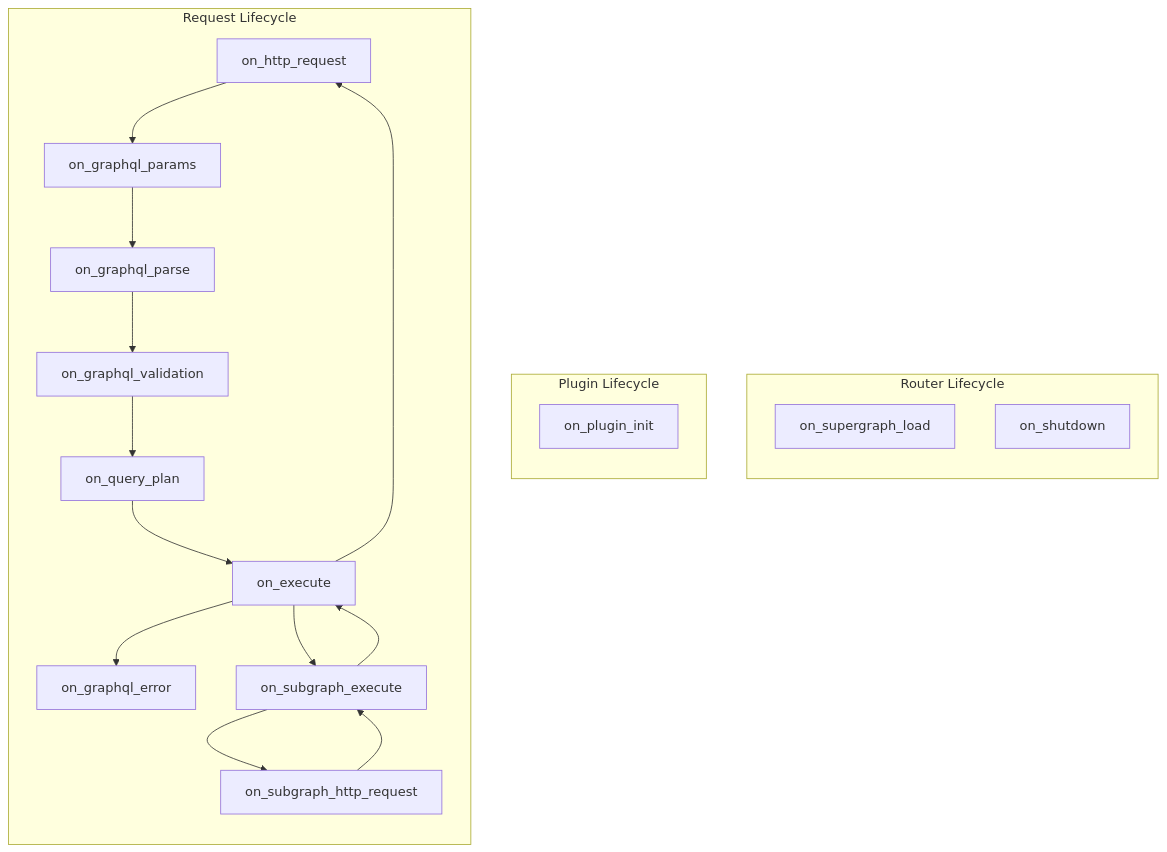
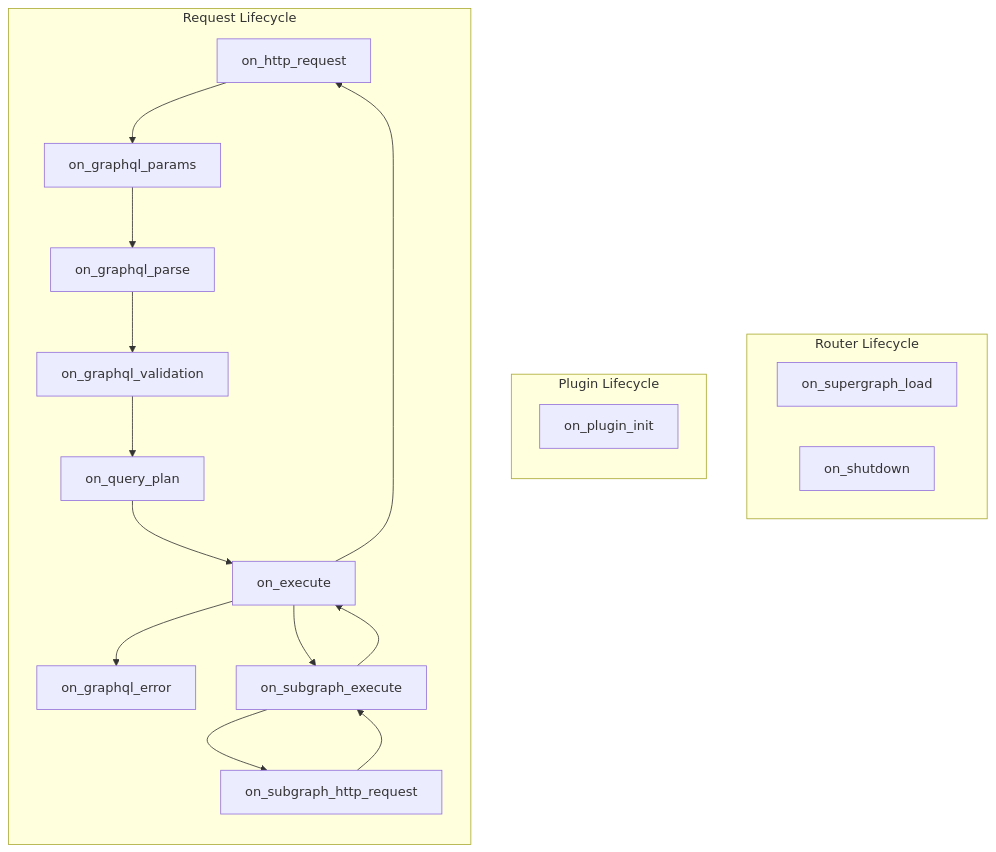
One commit to graphql-hive/console changed the diagram in packages/web/docs/src/content/router/extensibility/plugin_system.mdx. Above: the diagram before and after it, drawn with Mermaid.

````diff
--- a/packages/web/docs/src/content/router/extensibility/plugin_system.mdx
+++ b/packages/web/docs/src/content/router/extensibility/plugin_system.mdx
@@ -120,41 +120,41 @@
 ```mermaid
 flowchart TB
     subgraph "Router Lifecycle"
-      direction TB
+      direction LR
       on_supergraph_load
       on_shutdown
     end
     
     subgraph "Plugin Lifecycle"
       direction TB
       on_plugin_init
     end
     
     subgraph "Request Lifecycle"
       direction TB
       A[on_http_request] --> B[on_graphql_params]
       B --> D[on_graphql_parse]
       D --> F[on_graphql_validation]
       F --> H[on_query_plan]
       H --> J[on_execute]
       J --> on_graphql_error
       J --> K[on_subgraph_execute]
       K --> L[on_subgraph_http_request]
       L --> K
       K --> J
       J --> A
       
       click A href "#on_http_request"
       click B href "#on_graphql_params"
       click D href "#on_graphql_parse"
       click F href "#on_graphql_validation"
       click H href "#on_query_plan"
       click J href "#on_execute"
       click K href "#on_subgraph_execute"
       click L href "#on_subgraph_http_request"
       click on_supergraph_load href "#on_supergraph_load"
       click on_plugin_init href "#on_plugin_init"
       click on_shutdown href "#on_shutdown"
       click on_graphql_error href "#on_graphql_error"
     end
 ```
````
